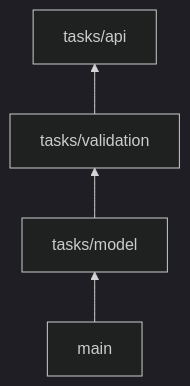
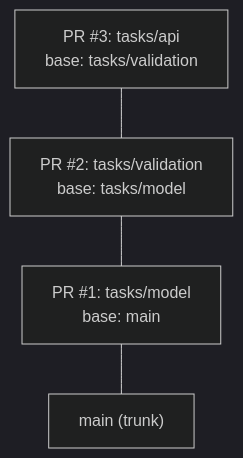
The first of 2 diagrams in README.md (DanWahlin/gh-stack-demo), drawn with Mermaid (dark theme) before and after one commit. The commit also changed 1 other file, not shown here.

Commit message:
docs: clarify stacked PR diagram relationships

````diff
--- a/README.md
+++ b/README.md
@@ -23,6 +23,6 @@
 ```mermaid
 flowchart BT
-    Main["main"] --> Model["tasks/model"]
-    Model --> Validation["tasks/validation"]
-    Validation --> API["tasks/api"]
+    Main["main (trunk)"] --- Model["PR #1: tasks/model<br/>base: main"]
+    Model --- Validation["PR #2: tasks/validation<br/>base: tasks/model"]
+    Validation --- API["PR #3: tasks/api<br/>base: tasks/validation"]
 ```
````
